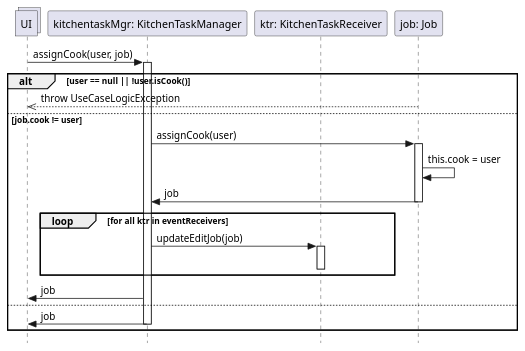
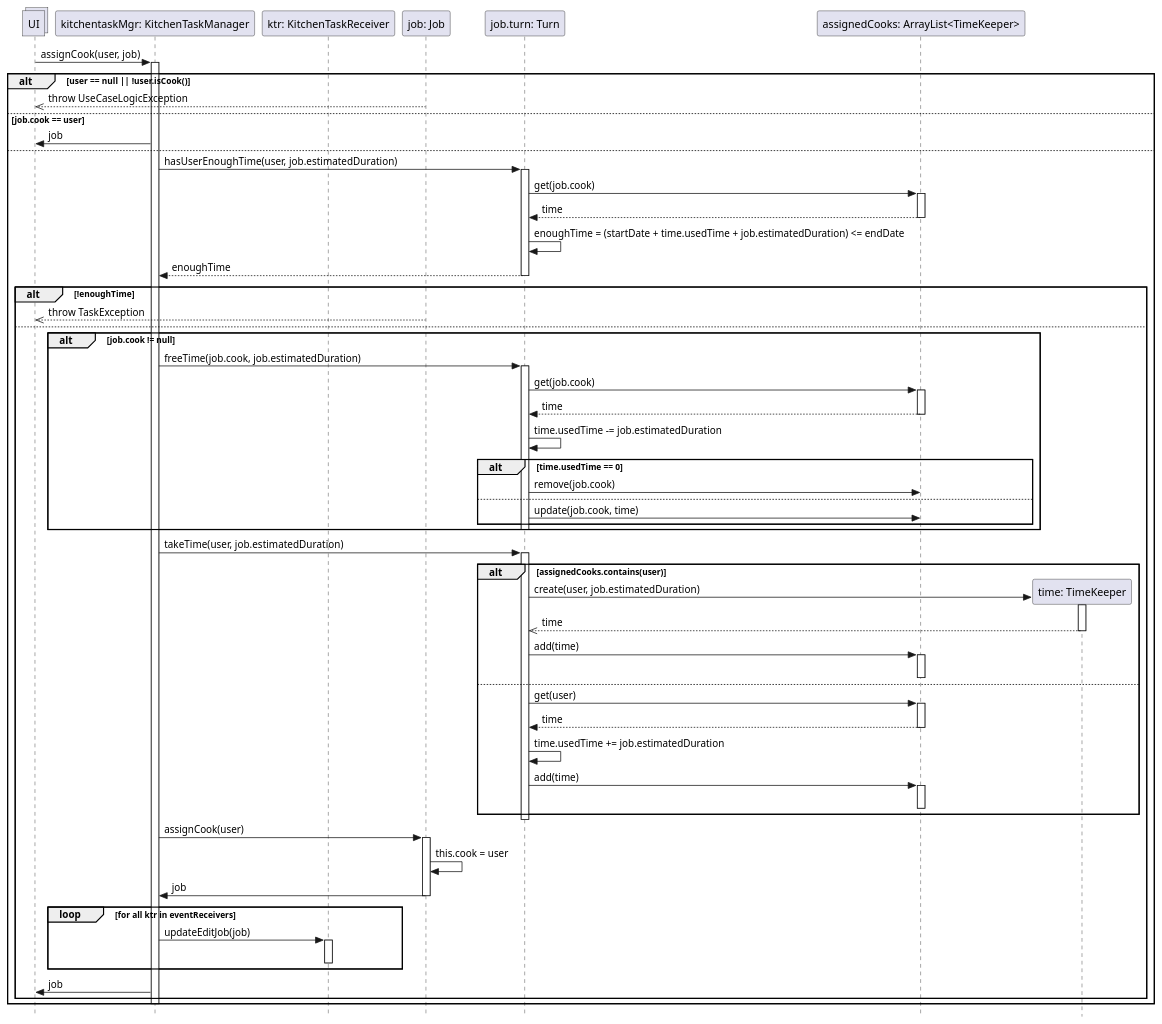
The diagram in DSD Operazione 6c.puml (stefa168/sas-project), drawn with PlantUML before and after one commit. The commit also changed 1 other file, not shown here.

```diff
--- a/DSD Operazione 6c.puml
+++ b/DSD Operazione 6c.puml
@@ -1,39 +1,97 @@
 @startuml
 skinparam Style strictuml
 
 collections UI
 
 participant "kitchentaskMgr: KitchenTaskManager" as ktm
 participant "ktr: KitchenTaskReceiver" as ktr
 participant "job: Job" as job
+participant "job.turn: Turn" as turn
+participant "assignedCooks: ArrayList<TimeKeeper>" as cooks
 
 UI -> ktm: assignCook(user, job)
 activate ktm
 alt user == null || !user.isCook()
     UI <<-- job: throw UseCaseLogicException
-else job.cook != user
-
-    ktm -> job: assignCook(user)
-    activate job
-    job -> job: this.cook = user
-    ktm <- job: job
-    deactivate job
-
-    loop for all ktr in eventReceivers
-        ktm -> ktr : updateEditJob(job)
-        activate ktr
-        deactivate ktr
-
-    end
-
-
+else job.cook == user
     UI <- ktm: job
 else
-    UI <- ktm: job
+    ktm -> turn: hasUserEnoughTime(user, job.estimatedDuration)
+    activate turn
+
+    turn -> cooks: get(job.cook)
+    activate cooks
+    return time
+
+    turn -> turn: enoughTime = (startDate + time.usedTime + job.estimatedDuration) <= endDate
+
+    return enoughTime
+    deactivate turn
+
+    alt !enoughTime
+        UI <<-- job: throw TaskException
+    else
+        alt job.cook != null
+            ktm -> turn: freeTime(job.cook, job.estimatedDuration)
+            activate turn
+            turn -> cooks: get(job.cook)
+            activate cooks
+            return time
+
+            turn -> turn: time.usedTime -= job.estimatedDuration
+
+            ' se per caso liberando del tempo ci accorgiamo che il TimeKeeper è vuoto, cancelliamolo.
+            alt time.usedTime == 0
+                turn -> cooks: remove(job.cook)
+            ' altrimenti aggiorniamo il tempo.
+            else
+                turn -> cooks: update(job.cook, time)
+            end
+            deactivate turn
+        end
+
+        ktm -> turn: takeTime(user, job.estimatedDuration)
+        activate turn
+
+        participant "time: TimeKeeper" as newTime
+
+        ' potrebbe trattarsi del primo incarico assegnato all cuoco in questo turno.
+        alt assignedCooks.contains(user)
+            turn -> newTime**: create(user, job.estimatedDuration)
+            activate newTime
+            turn <<-- newTime: time
+            deactivate newTime
+
+            turn -> cooks: add(time)
+            activate cooks
+            deactivate cooks
+        else
+            turn -> cooks: get(user)
+            activate cooks
+            return time
+
+            turn -> turn: time.usedTime += job.estimatedDuration
+
+            turn -> cooks: add(time)
+            activate cooks
+            deactivate cooks
+        end
+        deactivate turn
+
+        ktm -> job: assignCook(user)
+        activate job
+        job -> job: this.cook = user
+        ktm <- job: job
+        deactivate job
+
+        loop for all ktr in eventReceivers
+            ktm -> ktr : updateEditJob(job)
+            activate ktr
+            deactivate ktr
+        end
+
+        UI <- ktm: job
+        end
 deactivate ktm
 end
-
-
-
-
 @enduml
```
